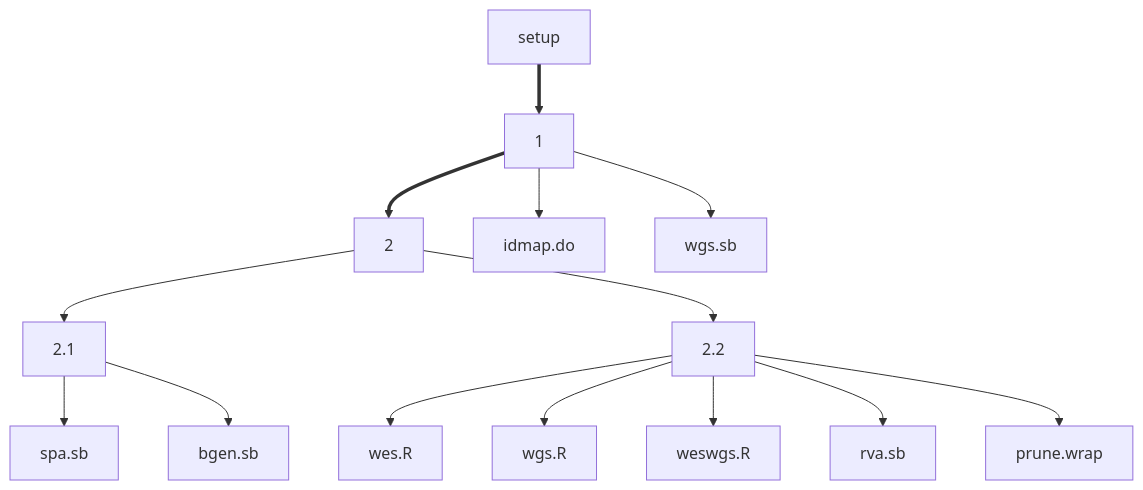
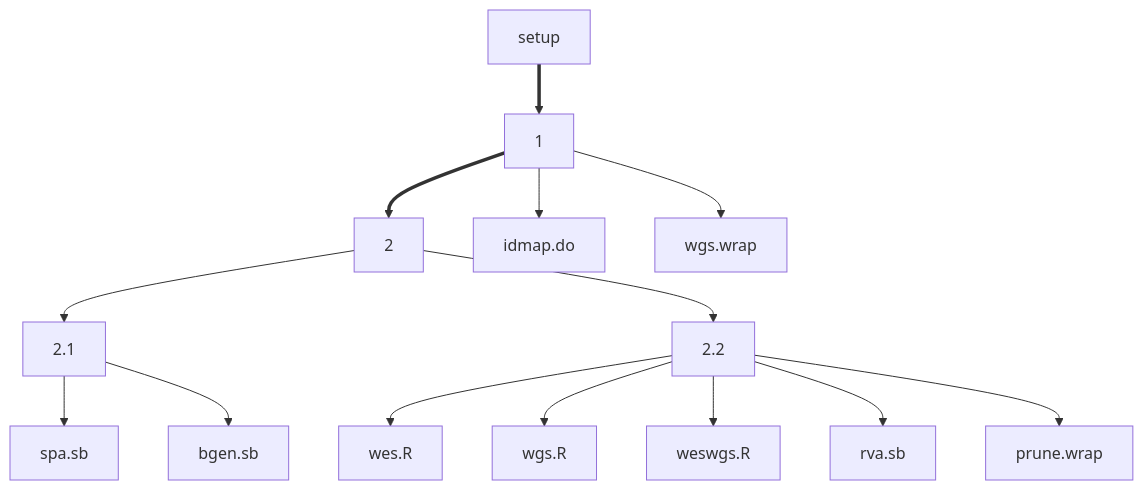
The diagram in docs/INTERVAL.md (jinghuazhao/SCALLOP-Seq), drawn with Mermaid before and after one commit.

````diff
--- a/docs/INTERVAL.md
+++ b/docs/INTERVAL.md
@@ -13,7 +13,7 @@
 ```mermaid
 graph TB;
 setup ==> 1; 1 ==> 2;
-    1 --> idmap.do; 1 --> wgs.sb;
+    1 --> idmap.do; 1 --> wgs.wrap;
     2 --> 2.1; 2.1 --> spa.sb; 2.1 --> bgen.sb;
     2 --> 2.2; 2.2 --> wes.R; 2.2 --> wgs.R; 2.2 --> weswgs.R; 2.2 --> rva.sb; 2.2 --> prune.wrap;
 ```
````
